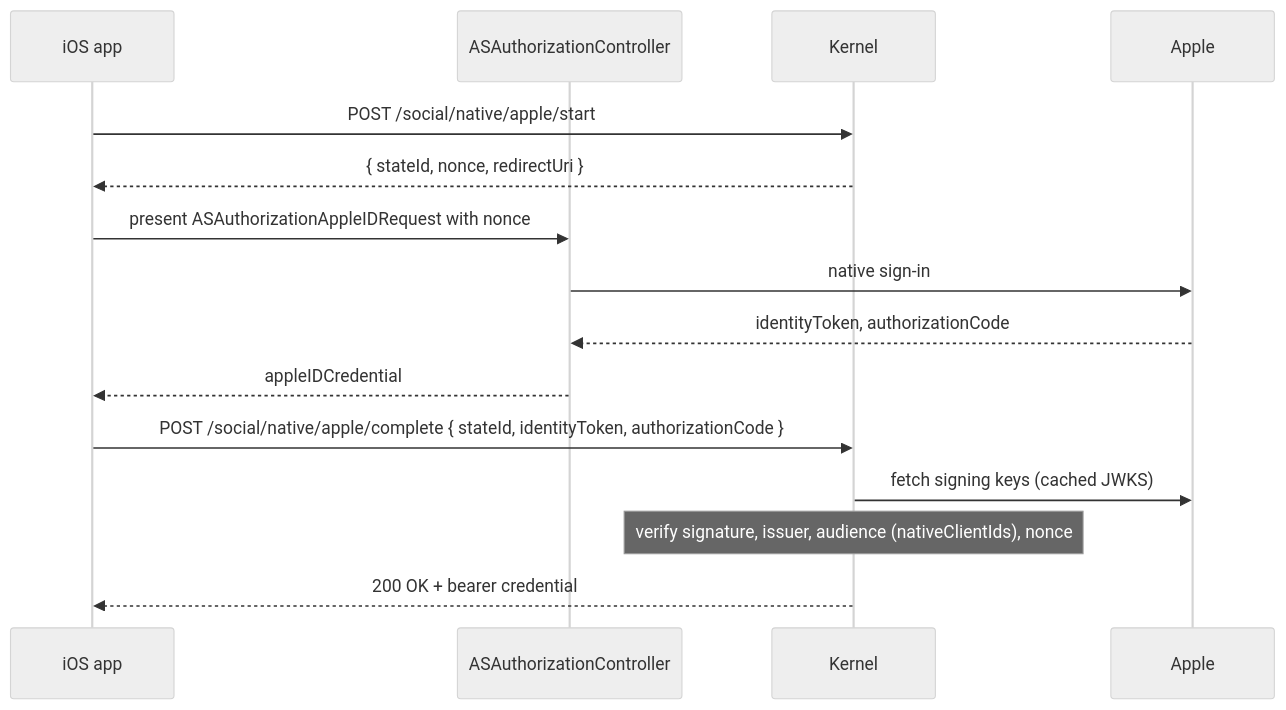
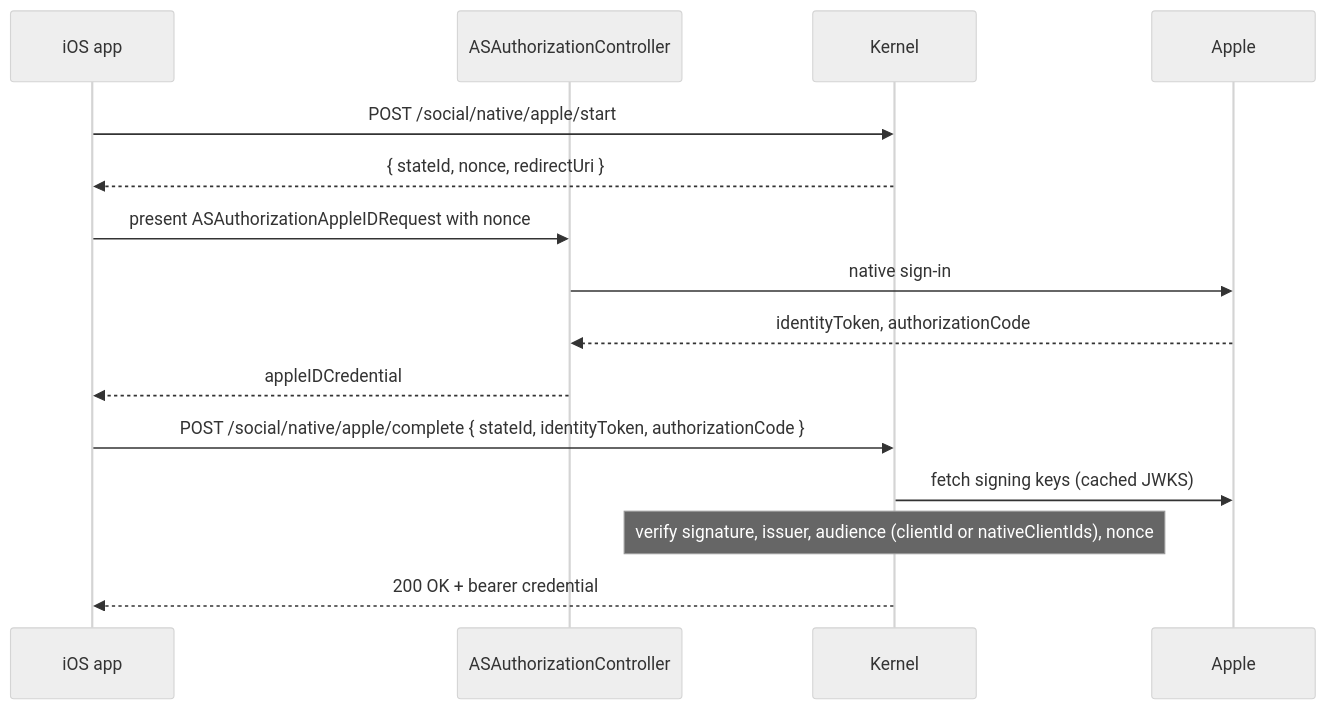
The second of 2 diagrams in authfn/docs/content/docs/plugins/social-oauth/apple.md (21nCo/superfunctions), drawn with Mermaid (neutral theme) before and after one commit. The commit also changed other lines of this file and 1 other file, not shown here.

First line of the commit message:
docs(authfn): Apple callback takes code and/or id_token; native audience includes clientId

````diff
--- a/authfn/docs/content/docs/plugins/social-oauth/apple.md
+++ b/authfn/docs/content/docs/plugins/social-oauth/apple.md
@@ -84,18 +84,18 @@
 ```mermaid
 sequenceDiagram
   participant App as iOS app
   participant System as ASAuthorizationController
   participant Kernel
   participant Apple
 
   App->>Kernel: POST /social/native/apple/start
   Kernel-->>App: { stateId, nonce, redirectUri }
   App->>System: present ASAuthorizationAppleIDRequest with nonce
   System->>Apple: native sign-in
   Apple-->>System: identityToken, authorizationCode
   System-->>App: appleIDCredential
   App->>Kernel: POST /social/native/apple/complete { stateId, identityToken, authorizationCode }
   Kernel->>Apple: fetch signing keys (cached JWKS)
-  Note over Kernel: verify signature, issuer, audience (nativeClientIds), nonce
+  Note over Kernel: verify signature, issuer, audience (clientId or nativeClientIds), nonce
   Kernel-->>App: 200 OK + bearer credential
 ```
````
